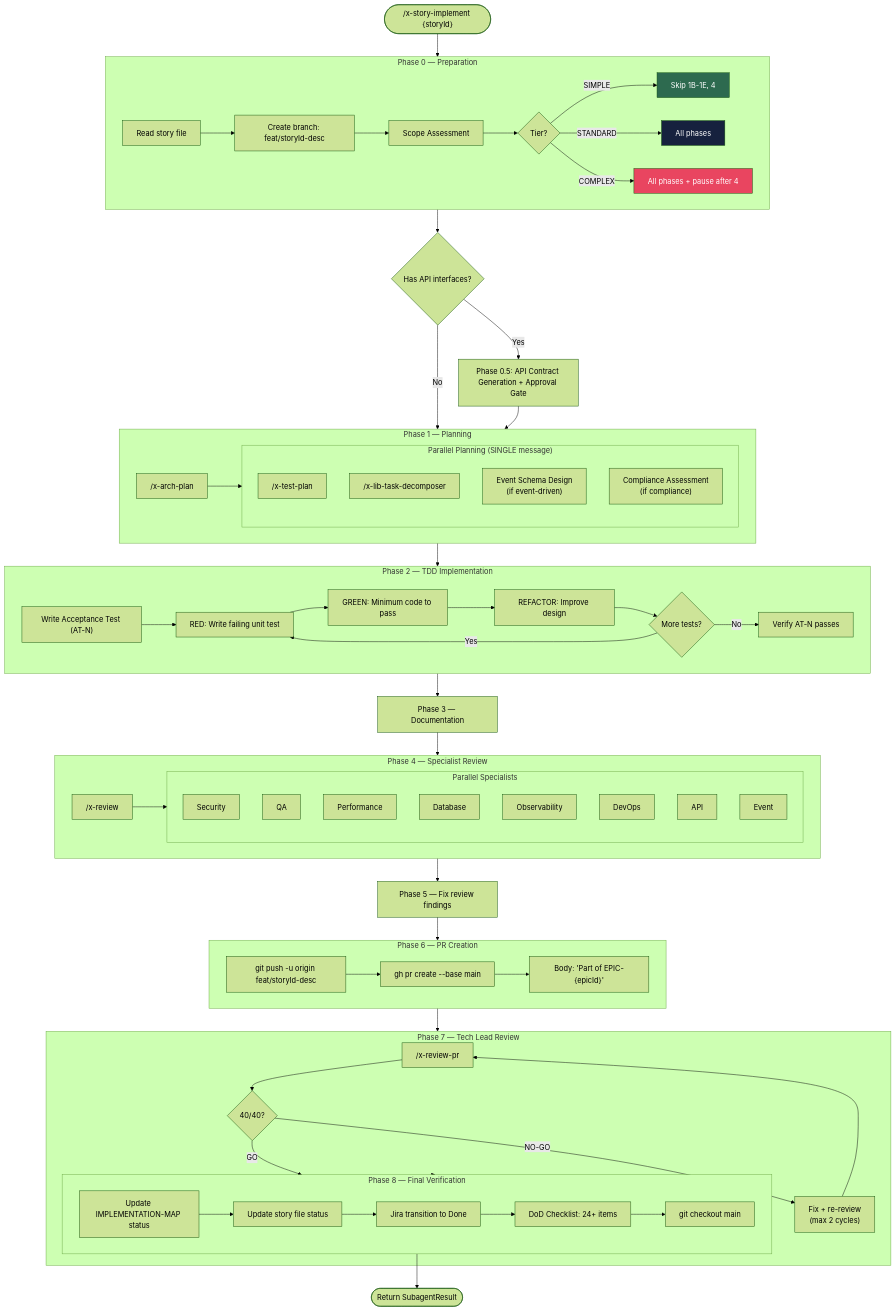
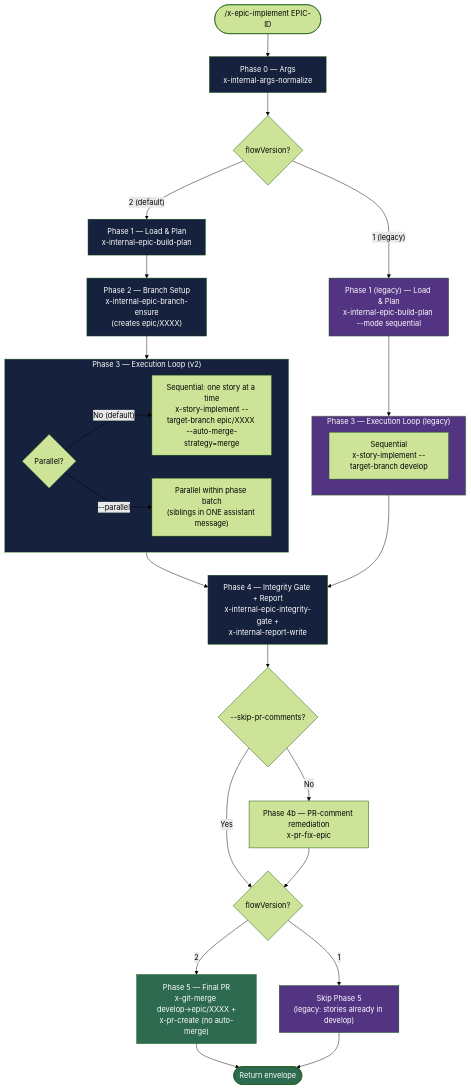
The first of 3 diagrams in java/src/test/resources/golden/java-spring-fintech-pci/.claude/skills/x-epic-implement/README.md (edercnj/ia-dev-environment), drawn with Mermaid (forest theme) before and after one commit. The commit also changed other lines of this file and 130 other files, not shown here.

````diff
--- a/java/src/test/resources/golden/java-spring-fintech-pci/.claude/skills/x-epic-implement/README.md
+++ b/java/src/test/resources/golden/java-spring-fintech-pci/.claude/skills/x-epic-implement/README.md
@@ -116,91 +11,47 @@
 ```mermaid
 flowchart TD
-    ENTRY(["/x-story-implement {storyId}"]) --> PH0
+    START(["/x-epic-implement EPIC-ID"]) --> P0
 
-    subgraph PH0["Phase 0 — Preparation"]
-        PH0A[Read story file] --> PH0B[Create branch: feat/storyId-desc]
-        PH0B --> PH0C[Scope Assessment]
-        PH0C --> TIER{Tier?}
-        TIER -->|SIMPLE| SIMPLE["Skip 1B-1E, 4"]
-        TIER -->|STANDARD| STANDARD["All phases"]
-        TIER -->|COMPLEX| COMPLEX["All phases + pause after 4"]
+    P0["Phase 0 — Args<br/>x-internal-args-normalize"] --> FLOW{flowVersion?}
+    FLOW -->|"1 (legacy)"| P1L["Phase 1 (legacy) — Load & Plan<br/>x-internal-epic-build-plan --mode sequential"]
+    FLOW -->|"2 (default)"| P1N["Phase 1 — Load & Plan<br/>x-internal-epic-build-plan"]
+
+    P1L --> P3L
+    P1N --> P2["Phase 2 — Branch Setup<br/>x-internal-epic-branch-ensure<br/>(creates epic/XXXX)"]
+    P2 --> P3N
+
+    subgraph P3N["Phase 3 — Execution Loop (v2)"]
+        P3N_SEQ{"Parallel?"}
+        P3N_SEQ -->|"No (default)"| SEQ["Sequential: one story at a time<br/>x-story-implement --target-branch epic/XXXX --auto-merge-strategy=merge"]
+        P3N_SEQ -->|"--parallel"| PAR["Parallel within phase batch<br/>(siblings in ONE assistant message)"]
     end
 
-    PH0 --> PH05C{Has API interfaces?}
-    PH05C -->|Yes| PH05["Phase 0.5: API Contract Generation + Approval Gate"]
-    PH05C -->|No| PH1
-    PH05 --> PH1
-
-    subgraph PH1["Phase 1 — Planning"]
-        PH1A["/x-arch-plan"] --> PH1PARALLEL
-        subgraph PH1PARALLEL["Parallel Planning (SINGLE message)"]
-            PH1B["/x-test-plan"]
-            PH1C["/x-lib-task-decomposer"]
-            PH1D["Event Schema Design<br/>(if event-driven)"]
-            PH1E["Compliance Assessment<br/>(if compliance)"]
-        end
+    subgraph P3L["Phase 3 — Execution Loop (legacy)"]
+        P3L_SEQ["Sequential<br/>x-story-implement --target-branch develop"]
     end
 
-    PH1 --> PH2
+    P3N --> P4["Phase 4 — Integrity Gate + Report<br/>x-internal-epic-integrity-gate +<br/>x-internal-report-write"]
+    P3L --> P4
 
-    subgraph PH2["Phase 2 — TDD Implementation"]
-        PH2A["Write Acceptance Test (AT-N)"] --> PH2B
-        PH2B["RED: Write failing unit test"] --> PH2C
-        PH2C["GREEN: Minimum code to pass"] --> PH2D
-        PH2D["REFACTOR: Improve design"] --> PH2E{More tests?}
-        PH2E -->|Yes| PH2B
-        PH2E -->|No| PH2F["Verify AT-N passes"]
-    end
+    P4 --> P4B{"--skip-pr-comments?"}
+    P4B -->|"No"| P4C["Phase 4b — PR-comment remediation<br/>x-pr-fix-epic"]
+    P4B -->|"Yes"| FLOW2{"flowVersion?"}
+    P4C --> FLOW2
 
-    PH2 --> PH3["Phase 3 — Documentation"]
-    PH3 --> PH4
+    FLOW2 -->|"2"| P5N["Phase 5 — Final PR<br/>x-git-merge develop→epic/XXXX +<br/>x-pr-create (no auto-merge)"]
+    FLOW2 -->|"1"| SKIPFINAL["Skip Phase 5<br/>(legacy: stories already in develop)"]
 
-    subgraph PH4["Phase 4 — Specialist Review"]
-        PH4A["/x-review"] --> PH4B
-        subgraph PH4B["Parallel Specialists"]
-            SEC["Security"]
-            QA["QA"]
-            PERF["Performance"]
-            DB["Database"]
-            OBS["Observability"]
-            DEVOPS["DevOps"]
-            API["API"]
-            EVENT["Event"]
-        end
-    end
+    P5N --> DONE(["Return envelope"])
+    SKIPFINAL --> DONE
 
-    PH4 --> PH5["Phase 5 — Fix review findings"]
-
-    PH5 --> PH6
-
-    subgraph PH6["Phase 6 — PR Creation"]
-        PH6A["git push -u origin feat/storyId-desc"]
-        PH6A --> PH6B["gh pr create --base main"]
-        PH6B --> PH6C["Body: 'Part of EPIC-{epicId}'"]
-    end
-
-    PH6 --> PH7
-
-    subgraph PH7["Phase 7 — Tech Lead Review"]
-        PH7A["/x-review-pr"] --> PH7B{40/40?}
-        PH7B -->|GO| PH8
-        PH7B -->|NO-GO| PH7C["Fix + re-review<br/>(max 2 cycles)"]
-        PH7C --> PH7A
-    end
-
-    PH7 --> PH8
-
-    subgraph PH8["Phase 8 — Final Verification"]
-        PH8A[Update IMPLEMENTATION-MAP status] --> PH8B
-        PH8B[Update story file status] --> PH8C
-        PH8C[Jira transition to Done] --> PH8D
-        PH8D[DoD Checklist: 24+ items] --> PH8E
-        PH8E["git checkout main"]
-    end
-
-    PH8 --> DONE(["Return SubagentResult"])
-
-    style SIMPLE fill:#2d6a4f,color:#fff
-    style STANDARD fill:#16213e,color:#fff
-    style COMPLEX fill:#e94560,color:#fff
+    style P0 fill:#16213e,color:#fff
+    style P1N fill:#16213e,color:#fff
+    style P2 fill:#16213e,color:#fff
+    style P3N fill:#16213e,color:#fff
+    style P4 fill:#16213e,color:#fff
+    style P5N fill:#2d6a4f,color:#fff
+    style P1L fill:#533483,color:#fff
+    style P3L fill:#533483,color:#fff
+    style SKIPFINAL fill:#533483,color:#fff
+    style DONE fill:#2d6a4f,color:#fff
 ```
````
